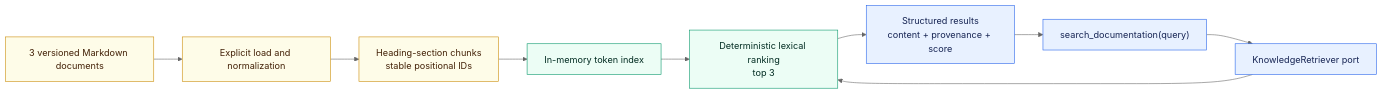
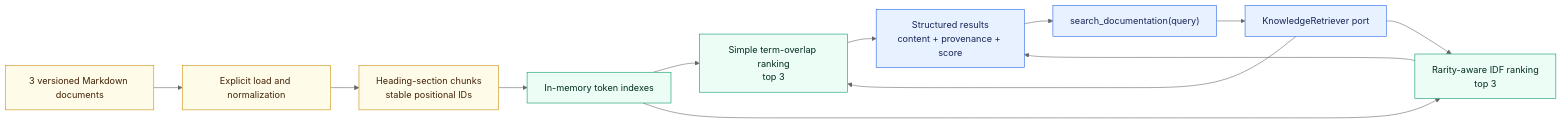
Before and after one commit to aboerzel/industrial-ai-agent: the second of 8 diagrams in docs/architecture/overview.md, drawn with Mermaid (neutral theme). The commit also changed other lines of this file and 9 other files, not shown here.

````diff
--- a/docs/architecture/overview.md
+++ b/docs/architecture/overview.md
@@ -71,18 +75,21 @@
 ```mermaid
 flowchart LR
     Docs["3 versioned Markdown documents"] --> Load["Explicit load and normalization"]
     Load --> Chunk["Heading-section chunks<br/>stable positional IDs"]
-    Chunk --> Index["In-memory token index"]
+    Chunk --> Index["In-memory token indexes"]
     Query["search_documentation(query)"] --> Port["KnowledgeRetriever port"]
-    Port --> Search["Deterministic lexical ranking<br/>top 3"]
-    Index --> Search
-    Search --> Results["Structured results<br/>content + provenance + score"]
+    Port --> Simple["Simple term-overlap ranking<br/>top 3"]
+    Port --> IDFSearch["Rarity-aware IDF ranking<br/>top 3"]
+    Index --> Simple
+    Index --> IDFSearch
+    Simple --> Results["Structured results<br/>content + provenance + score"]
+    IDFSearch --> Results
     Results --> Query
 
     classDef data fill:#fefce8,stroke:#ca8a04,color:#422006
     classDef core fill:#e8f1ff,stroke:#2563eb,color:#172554
     classDef adapter fill:#ecfdf5,stroke:#059669,color:#022c22
     class Docs,Load,Chunk data
     class Query,Port,Results core
-    class Index,Search adapter
+    class Index,Simple,IDFSearch adapter
 ```
````
